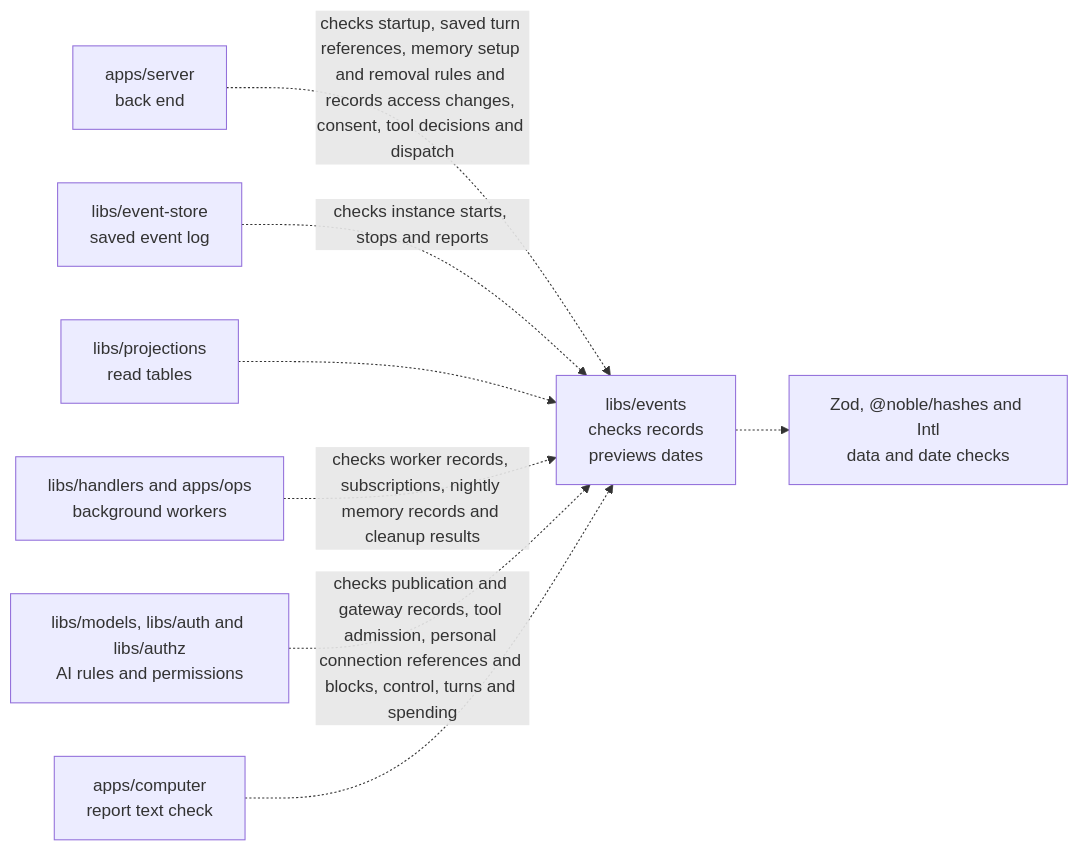
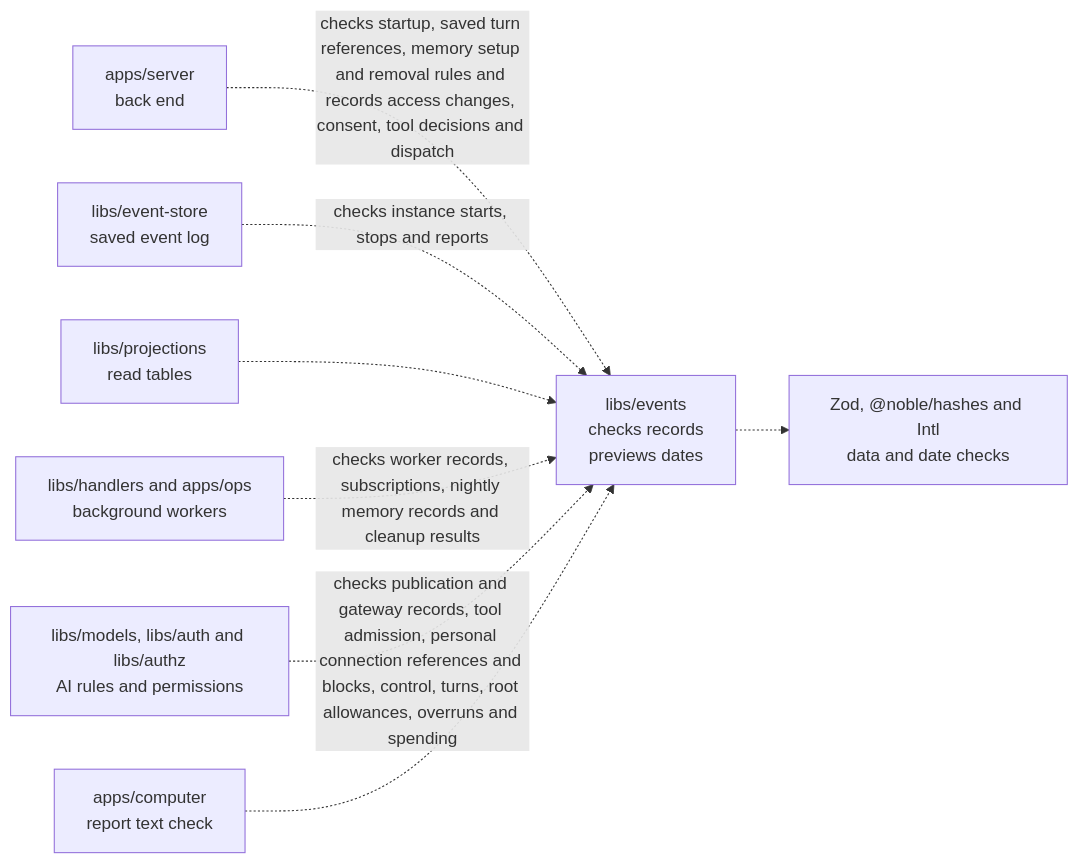
Before and after one commit to elewa-git/opencrane-new: the diagram in libs/events/README.md, drawn with Mermaid. The commit also changed other lines of this file and 16 other files, not shown here.

First line of the commit message:
🪙 Each child chat root gets a fixed spending allowance, and an overrun or refusal stops that root for good (#397)

````diff
--- a/libs/events/README.md
+++ b/libs/events/README.md
@@ -27,10 +27,10 @@
 ```mermaid
 flowchart LR
   server["apps/server<br/>back end"] -.->|checks startup, saved turn references, memory setup and removal rules and records access changes, consent, tool decisions and dispatch| events["libs/events<br/>checks records<br/>previews dates"]
   store["libs/event-store<br/>saved event log"] -.->|checks instance starts, stops and reports| events
   projections["libs/projections<br/>read tables"] -.-> events
   workers["libs/handlers and apps/ops<br/>background workers"] -.->|checks worker records, subscriptions, nightly memory records and cleanup results| events
-  others["libs/models, libs/auth and libs/authz<br/>AI rules and permissions"] -.->|checks publication and gateway records, tool admission, personal connection references and blocks, control, turns and spending| events
+  others["libs/models, libs/auth and libs/authz<br/>AI rules and permissions"] -.->|checks publication and gateway records, tool admission, personal connection references and blocks, control, turns, root allowances, overruns and spending| events
   computer["apps/computer<br/>report text check"] -.-> events
   events -.-> checks["Zod, @noble/hashes and Intl<br/>data and date checks"]
 ```
````
